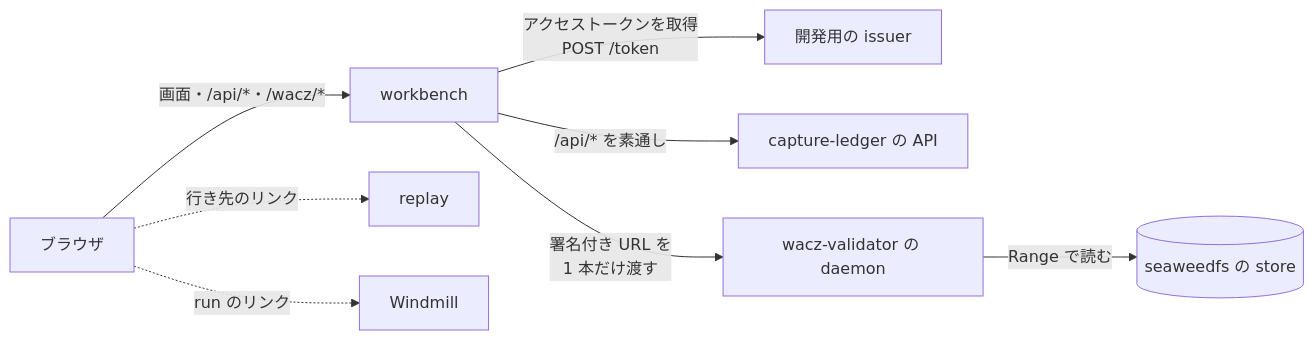
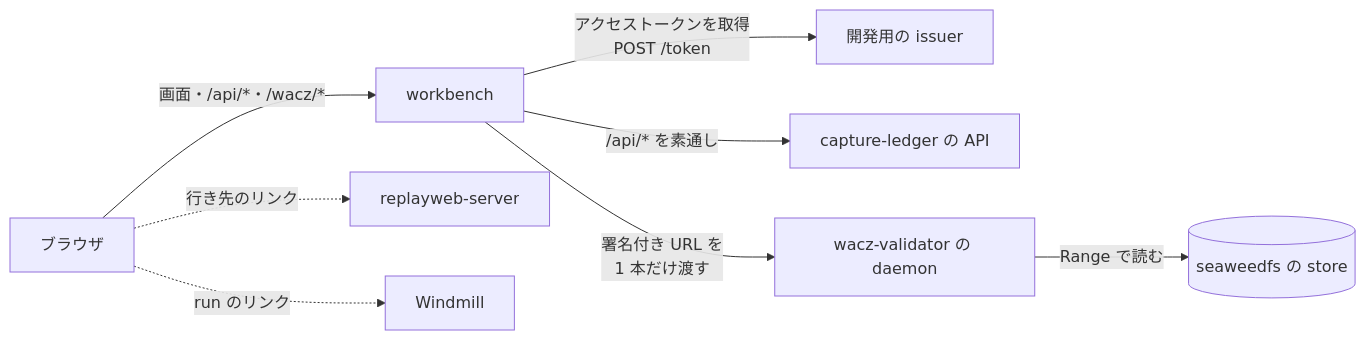
One commit to uraitakahito/capture-workbench changed the diagram in docs-site/src/content/docs/ja/index.md. Above: the diagram before and after it, drawn with Mermaid. The commit also changed other lines of this file and 18 other files, not shown here.

First line of the commit message:
feat!: replay の名前を replayweb-server に替える (#82)

````diff
--- a/docs-site/src/content/docs/ja/index.md
+++ b/docs-site/src/content/docs/ja/index.md
@@ -23,10 +23,10 @@
 ```mermaid
 flowchart LR
   B["ブラウザ"] -->|"画面・/api/*・/wacz/*"| D["workbench"]
   D -->|"アクセストークンを取得<br/>POST /token"| I["開発用の issuer"]
   D -->|"/api/* を素通し"| L["capture-ledger の API"]
   D -->|"署名付き URL を<br/>1 本だけ渡す"| V["wacz-validator の daemon"]
   V -->|"Range で読む"| S[("seaweedfs の store")]
-  B -.->|"行き先のリンク"| R["replay"]
+  B -.->|"行き先のリンク"| R["replayweb-server"]
   B -.->|"run のリンク"| W["Windmill"]
 ```
````
